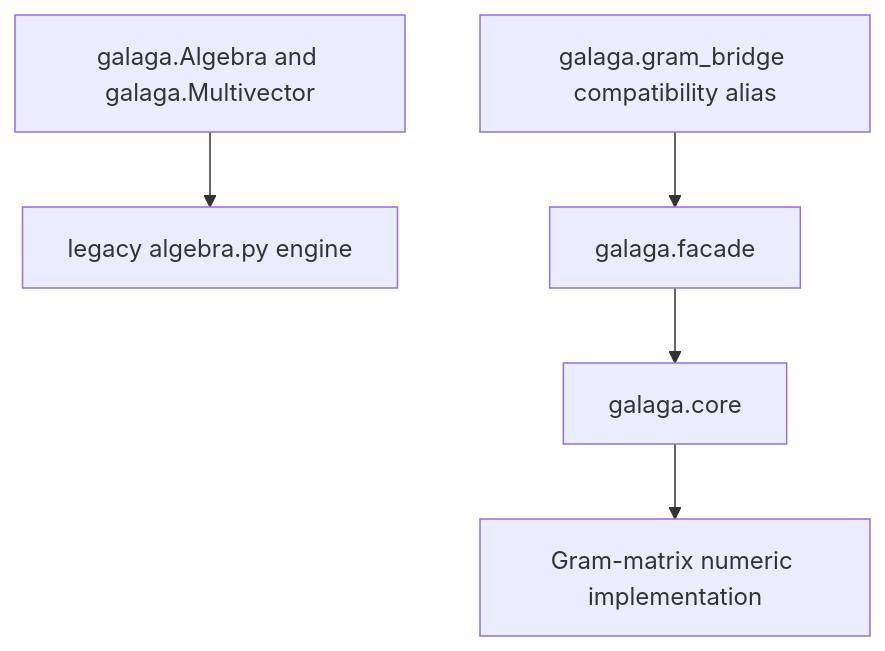
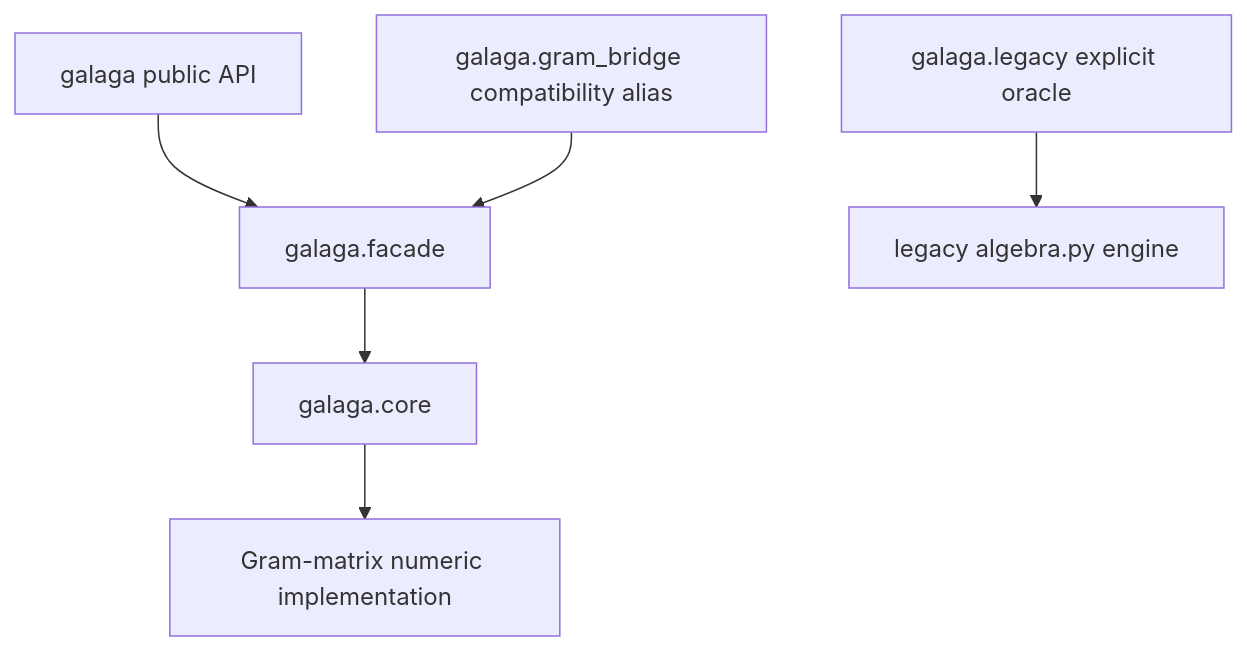
The first of 2 diagrams in docs/v2/core-cutover-plan.md (edouardp/galaga), drawn with Mermaid before and after one commit. The commit also changed other lines of this file and 131 other files, not shown here.

````diff
--- a/docs/v2/core-cutover-plan.md
+++ b/docs/v2/core-cutover-plan.md
@@ -30,7 +33,8 @@
 ```mermaid
 flowchart TD
-    T[galaga.Algebra and galaga.Multivector] --> L[legacy algebra.py engine]
-    B[galaga.gram_bridge compatibility alias] --> F[galaga.facade]
+    T[galaga public API] --> F[galaga.facade]
+    B[galaga.gram_bridge compatibility alias] --> F
+    O[galaga.legacy explicit oracle] --> L[legacy algebra.py engine]
     F --> C[galaga.core]
     C --> G[Gram-matrix numeric implementation]
 ```
````
